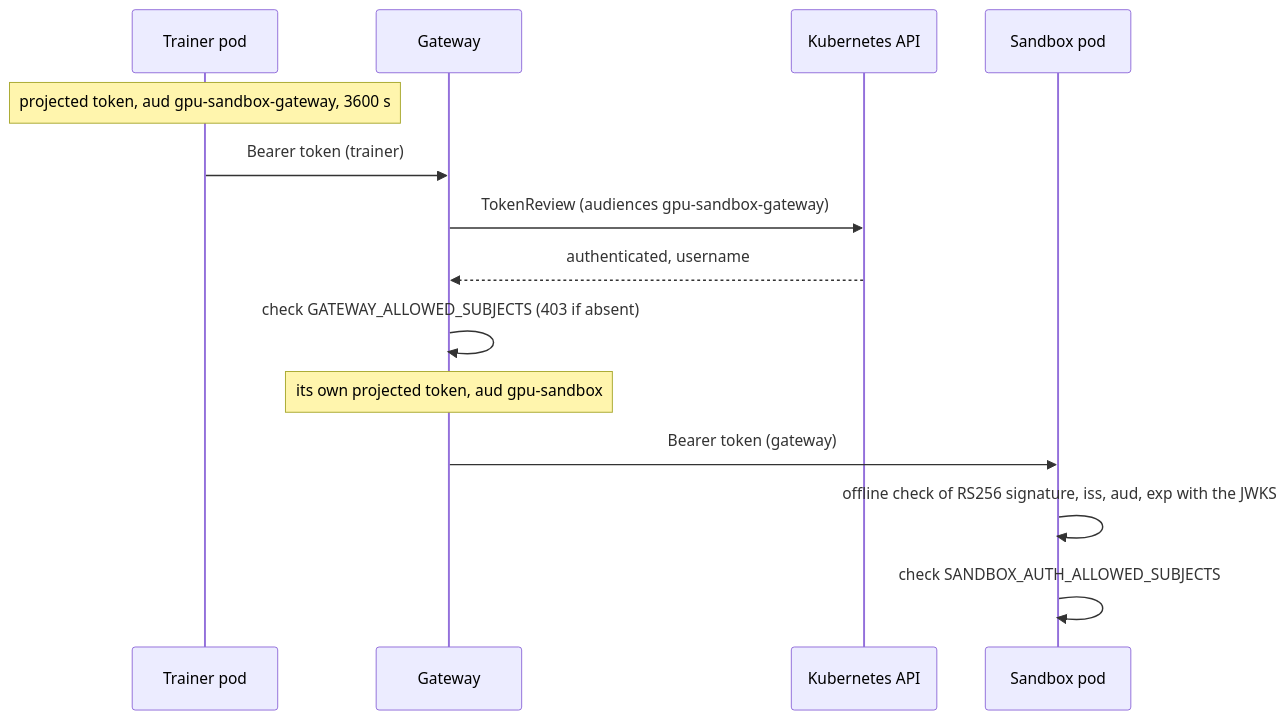
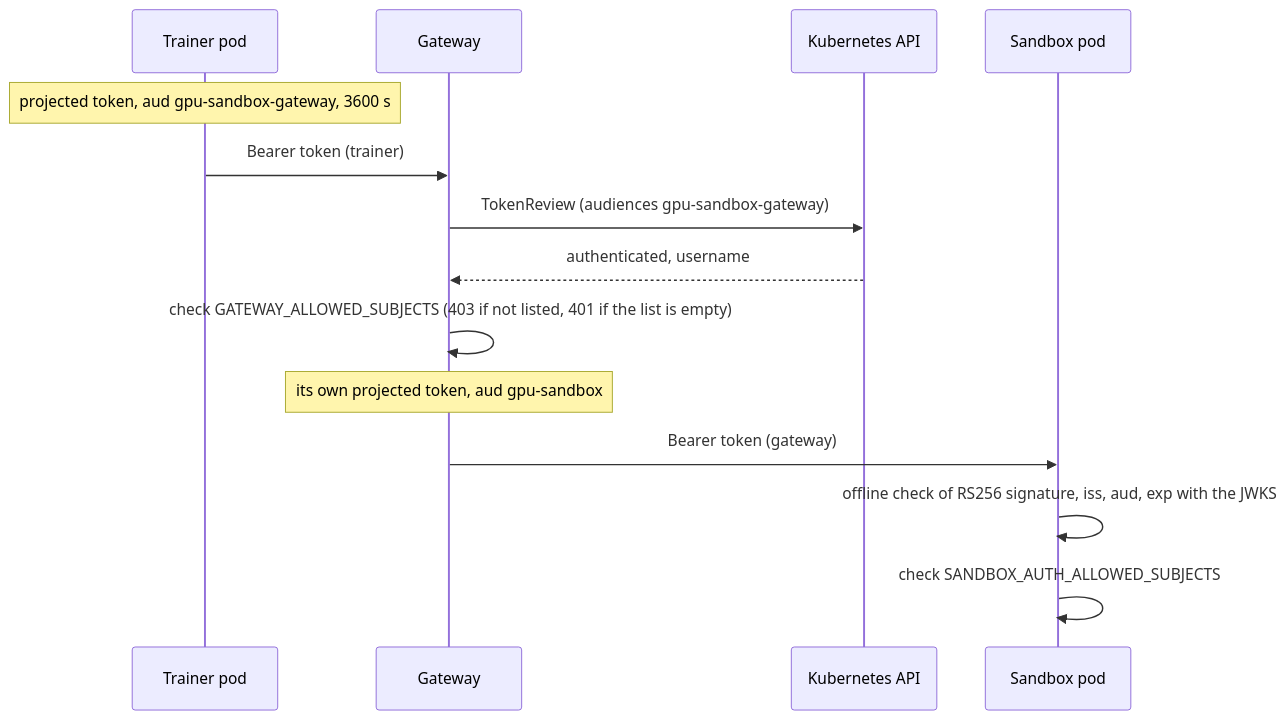
The diagram in docs/production/02_security.en.md (daekeun-ml/gpu-sandbox-on-aws), drawn with Mermaid before and after one commit. The commit also changed other lines of this file and 171 other files, not shown here.

````diff
--- a/docs/production/02_security.en.md
+++ b/docs/production/02_security.en.md
@@ -75,16 +74,16 @@
 ```mermaid
 sequenceDiagram
     participant T as Trainer pod
     participant G as Gateway
     participant K as Kubernetes API
     participant S as Sandbox pod
     Note over T: projected token, aud gpu-sandbox-gateway, 3600 s
     T->>G: Bearer token (trainer)
     G->>K: TokenReview (audiences gpu-sandbox-gateway)
     K-->>G: authenticated, username
-    G->>G: check GATEWAY_ALLOWED_SUBJECTS (403 if absent)
+    G->>G: check GATEWAY_ALLOWED_SUBJECTS (403 if not listed, 401 if the list is empty)
     Note over G: its own projected token, aud gpu-sandbox
     G->>S: Bearer token (gateway)
     S->>S: offline check of RS256 signature, iss, aud, exp with the JWKS
     S->>S: check SANDBOX_AUTH_ALLOWED_SUBJECTS
 ```
````
